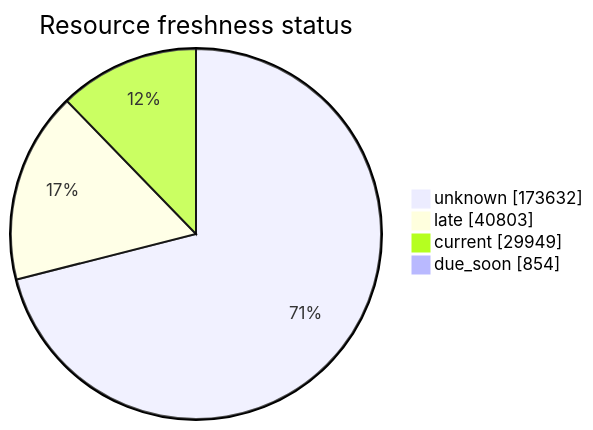
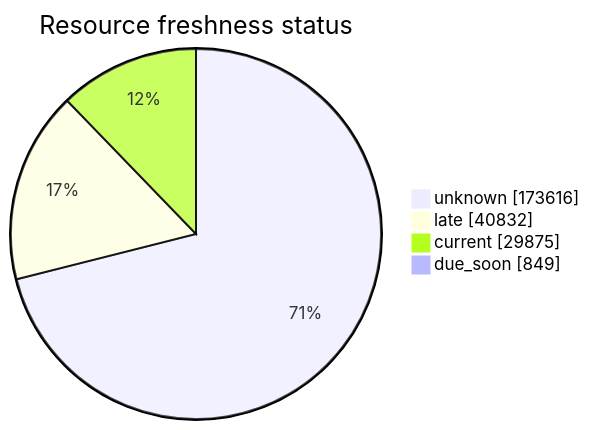
Before and after one commit to open-data/analytics-corporate-reporting: the third of 5 diagrams in FreshCheck/README.md, drawn with Mermaid. The commit also changed other lines of this file and 3 other files, not shown here.

````diff
--- a/FreshCheck/README.md
+++ b/FreshCheck/README.md
@@ -77,7 +77,7 @@
 ```mermaid
 pie showData title Resource freshness status
-    "unknown": 173632
-    "late": 40803
-    "current": 29949
-    "due_soon": 854
+    "unknown": 173616
+    "late": 40832
+    "current": 29875
+    "due_soon": 849
 ```
````
